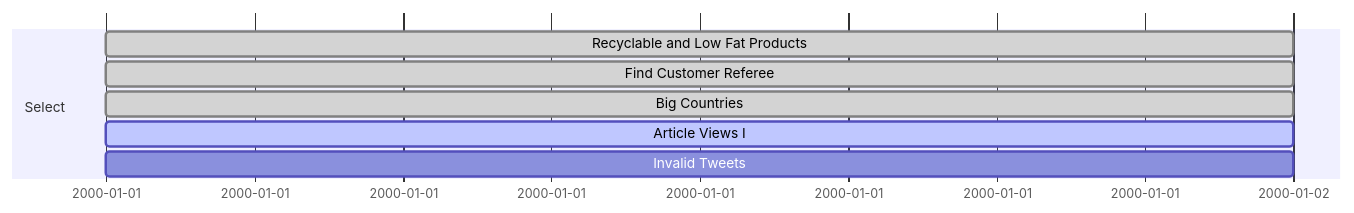
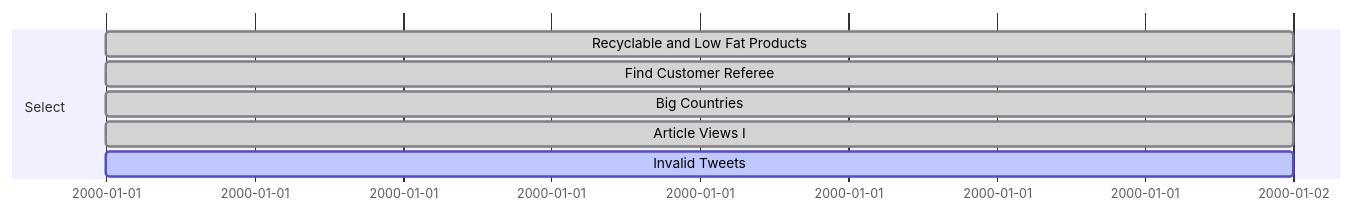
The third of 3 diagrams in README.md (kizzandev/LeetCode), drawn with Mermaid before and after one commit. The commit also changed 1 other file, not shown here.

Commit message:
SQL: Solution for Article Views I

````diff
--- a/README.md
+++ b/README.md
@@ -62,9 +62,9 @@
 ```mermaid
 gantt
     section Select
     Recyclable and Low Fat Products: done,   a0, 2000-01-01, 1d
     Find Customer Referee          : done,   a , 2000-01-01, 1d
     Big Countries                  : done,   a , 2000-01-01, 1d
-    Article Views I                : active, a , 2000-01-01, 1d
-    Invalid Tweets                 :         a , 2000-01-01, 1d
+    Article Views I                : done,   a , 2000-01-01, 1d
+    Invalid Tweets                 : active, a , 2000-01-01, 1d
 ```
````
